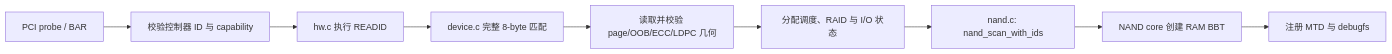
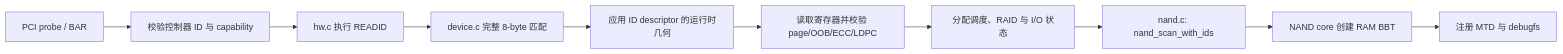
Before and after one commit to avenstar65/3dnand_test: the fifth of 5 diagrams in docs/superpowers/specs/2026-09-13-linux-driver-functional-split-design.md, drawn with Mermaid. The commit also changed other lines of this file and 14 other files, not shown here.

````diff
--- a/docs/superpowers/specs/2026-09-13-linux-driver-functional-split-design.md
+++ b/docs/superpowers/specs/2026-09-13-linux-driver-functional-split-design.md
@@ -331,11 +338,12 @@
 ```mermaid
 flowchart LR
     PCI["PCI probe / BAR"] --> CTRL["校验控制器 ID 与 capability"]
     CTRL --> RID["hw.c 执行 READID"]
     RID --> MATCH["device.c 完整 8-byte 匹配"]
-    MATCH --> GEOM["读取并校验 page/OOB/ECC/LDPC 几何"]
+    MATCH --> APPLY["应用 ID descriptor 的运行时几何"]
+    APPLY --> GEOM["读取寄存器并校验 page/OOB/ECC/LDPC"]
     GEOM --> MEM["分配调度、RAID 与 I/O 状态"]
     MEM --> SCAN["nand.c: nand_scan_with_ids"]
     SCAN --> BBT["NAND core 创建 RAM BBT"]
     BBT --> MTD["注册 MTD 与 debugfs"]
 ```
````
